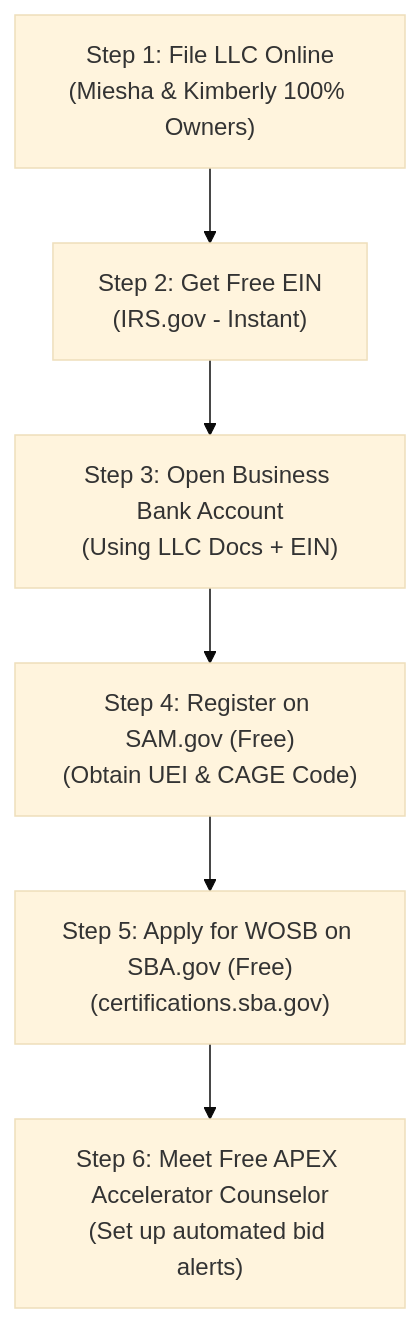
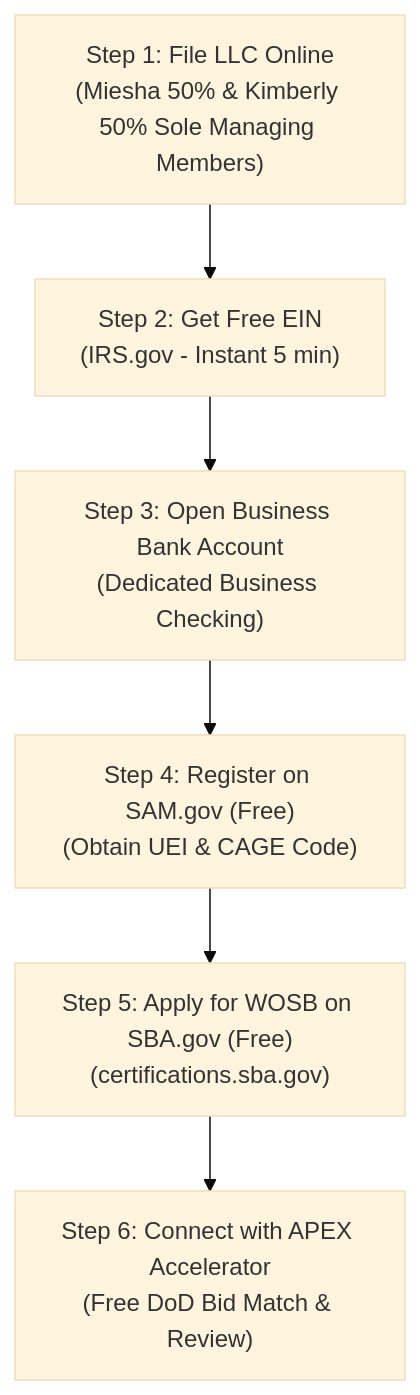
One commit to Deedott60/golden-crest-facilities changed the diagram in master_business_and_contracting_plan.md. Above: the diagram before and after it, drawn with Mermaid (base theme). The commit also changed other lines of this file, not shown here.

````diff
--- a/master_business_and_contracting_plan.md
+++ b/master_business_and_contracting_plan.md
@@ -26,8 +64,8 @@
 ```mermaid
 flowchart TD
-    Step1["Step 1: File LLC Online\n(Miesha & Kimberly 100% Owners)"] --> Step2["Step 2: Get Free EIN\n(IRS.gov - Instant)"]
-    Step2 --> Step3["Step 3: Open Business Bank Account\n(Using LLC Docs + EIN)"]
+    Step1["Step 1: File LLC Online\n(Miesha 50% & Kimberly 50% Sole Managing Members)"] --> Step2["Step 2: Get Free EIN\n(IRS.gov - Instant 5 min)"]
+    Step2 --> Step3["Step 3: Open Business Bank Account\n(Dedicated Business Checking)"]
     Step3 --> Step4["Step 4: Register on SAM.gov (Free)\n(Obtain UEI & CAGE Code)"]
     Step4 --> Step5["Step 5: Apply for WOSB on SBA.gov (Free)\n(certifications.sba.gov)"]
-    Step5 --> Step6["Step 6: Meet Free APEX Accelerator Counselor\n(Set up automated bid alerts)"]
+    Step5 --> Step6["Step 6: Connect with APEX Accelerator\n(Free DoD Bid Match & Review)"]
 ```
````
